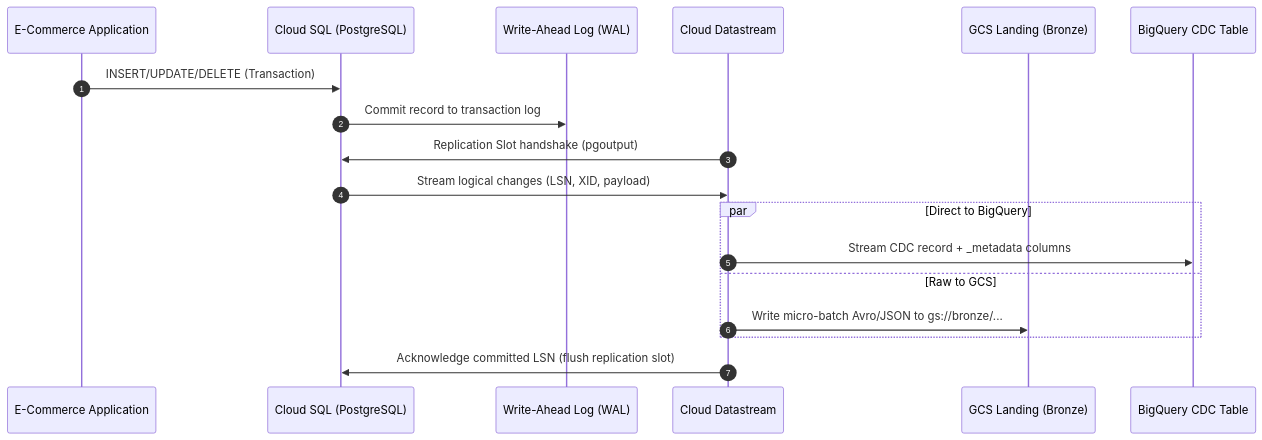
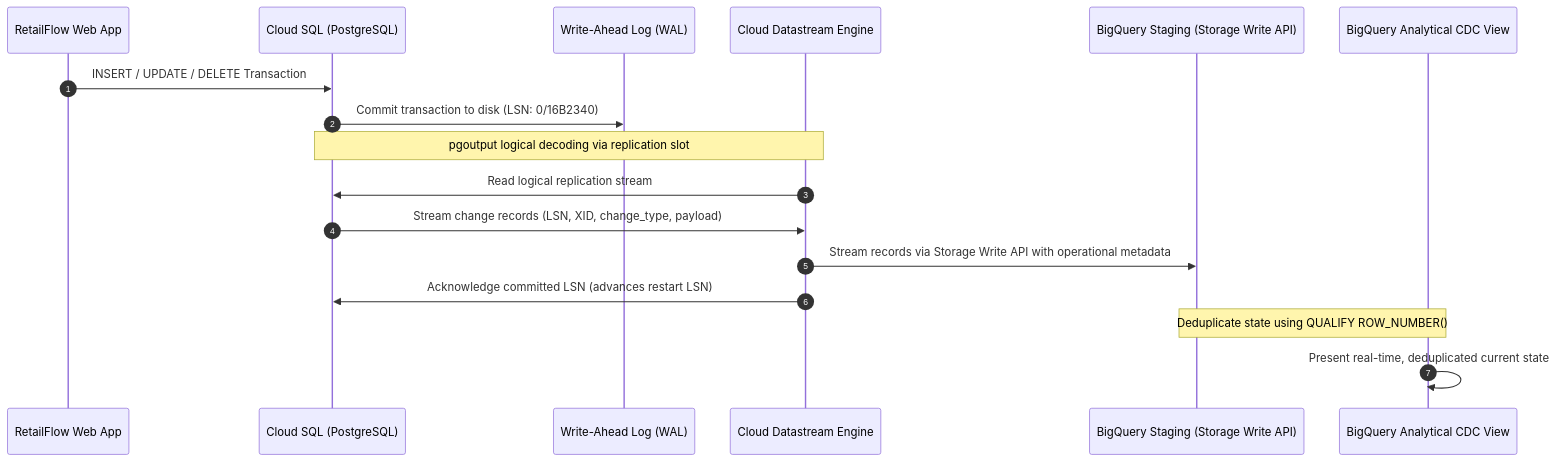
The second of 5 diagrams in 03_phase2_lifecycle_architecture/01_source_acquisition_and_batch_ingest.md (rohithvishaal/GCP_PDE_Notes), drawn with Mermaid before and after one commit. The commit also changed other lines of this file and 15 other files, not shown here.

````diff
--- a/03_phase2_lifecycle_architecture/01_source_acquisition_and_batch_ingest.md
+++ b/03_phase2_lifecycle_architecture/01_source_acquisition_and_batch_ingest.md
@@ -64,21 +147,20 @@
 ```mermaid
 sequenceDiagram
     autonumber
-    participant App as E-Commerce Application
+    participant App as RetailFlow Web App
     participant DB as Cloud SQL (PostgreSQL)
     participant WAL as Write-Ahead Log (WAL)
-    participant DS as Cloud Datastream
-    participant GCS as GCS Landing (Bronze)
-    participant BQ as BigQuery CDC Table
+    participant DS as Cloud Datastream Engine
+    participant BQ as BigQuery Staging (Storage Write API)
+    participant View as BigQuery Analytical CDC View
 
-    App->>DB: INSERT/UPDATE/DELETE (Transaction)
-    DB->>WAL: Commit record to transaction log
-    DS->>DB: Replication Slot handshake (pgoutput)
-    DB->>DS: Stream logical changes (LSN, XID, payload)
-    par Direct to BigQuery
-        DS->>BQ: Stream CDC record + _metadata columns
-    and Raw to GCS
-        DS->>GCS: Write micro-batch Avro/JSON to gs://bronze/...
-    end
-    DS->>DB: Acknowledge committed LSN (flush replication slot)
+    App->>DB: INSERT / UPDATE / DELETE Transaction
+    DB->>WAL: Commit transaction to disk (LSN: 0/16B2340)
+    Note over DB,DS: pgoutput logical decoding via replication slot
+    DS->>DB: Read logical replication stream
+    DB->>DS: Stream change records (LSN, XID, change_type, payload)
+    DS->>BQ: Stream records via Storage Write API with operational metadata
+    DS->>DB: Acknowledge committed LSN (advances restart LSN)
+    Note over BQ,View: Deduplicate state using QUALIFY ROW_NUMBER()
+    View->>View: Present real-time, deduplicated current state
 ```
````
